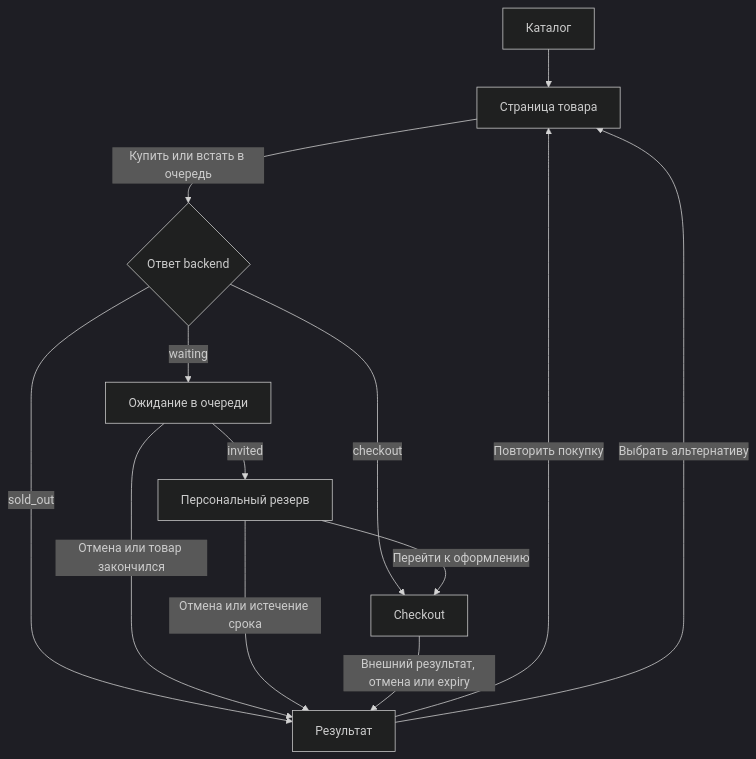
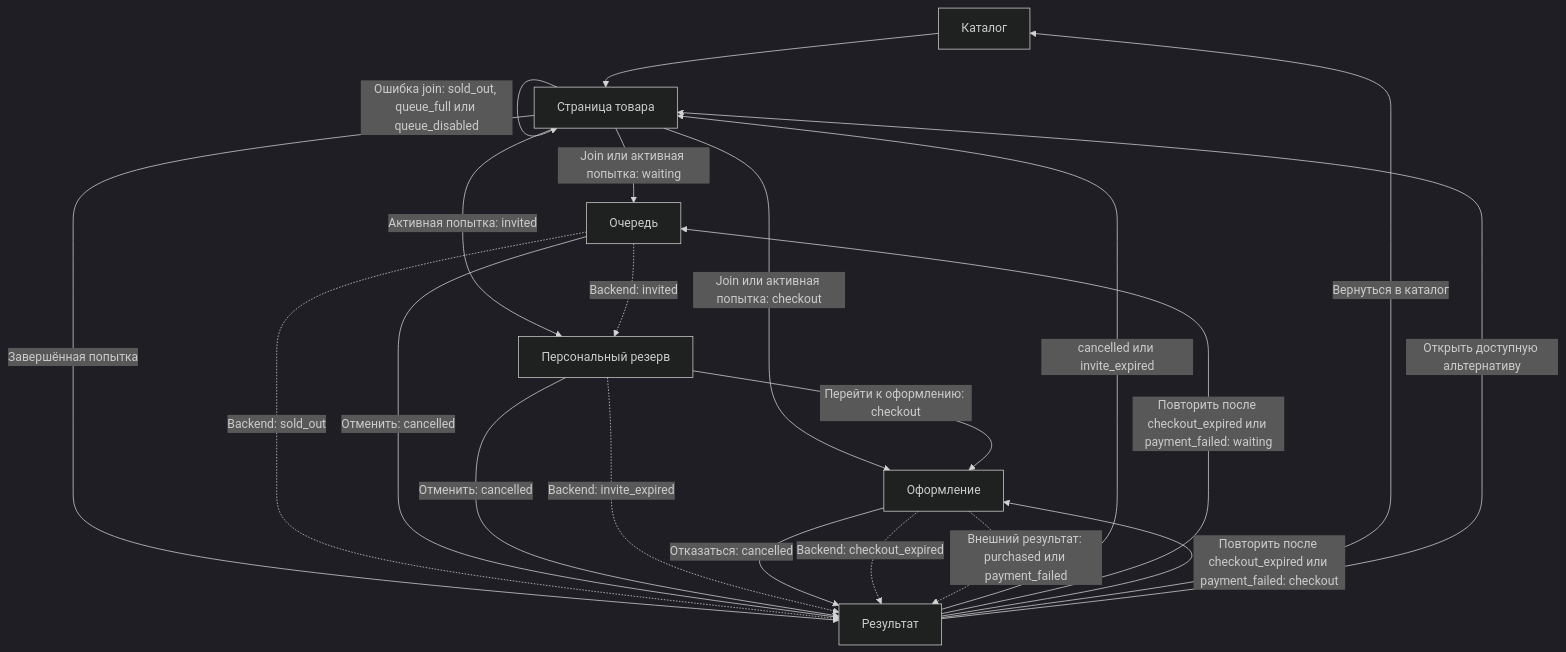
The first of 2 diagrams in frontend/README.md (Woolfer0097/GoodQueue), drawn with Mermaid (dark theme) before and after one commit. The commit also changed other lines of this file, not shown here.

Commit message:
docs(frontend): align README with actual user flows

````diff
--- a/frontend/README.md
+++ b/frontend/README.md
@@ -159,15 +169,27 @@
 ```mermaid
 flowchart TD
     C[Каталог] --> P[Страница товара]
-    P -->|Купить или встать в очередь| J{Ответ backend}
-    J -->|waiting| W[Ожидание в очереди]
-    J -->|checkout| H[Checkout]
-    J -->|sold_out| R[Результат]
-    W -->|invited| I[Персональный резерв]
-    W -->|Отмена или товар закончился| R
-    I -->|Перейти к оформлению| H
-    I -->|Отмена или истечение срока| R
-    H -->|Внешний результат, отмена или expiry| R
-    R -->|Повторить покупку| P
-    R -->|Выбрать альтернативу| P
+    P -->|Join или активная попытка: waiting| W[Очередь]
+    P -->|Join или активная попытка: checkout| H[Оформление]
+    P -->|Активная попытка: invited| I[Персональный резерв]
+    P -->|Завершённая попытка| R[Результат]
+    P -->|Ошибка join: sold_out, queue_full или queue_disabled| P
+
+    W -.->|Backend: invited| I
+    W -.->|Backend: sold_out| R
+    W -->|Отменить: cancelled| R
+
+    I -->|Перейти к оформлению: checkout| H
+    I -->|Отменить: cancelled| R
+    I -.->|Backend: invite_expired| R
+
+    H -->|Отказаться: cancelled| R
+    H -.->|Backend: checkout_expired| R
+    H -.->|Внешний результат: purchased или payment_failed| R
+
+    R -->|cancelled или invite_expired| P
+    R -->|Повторить после checkout_expired или payment_failed: waiting| W
+    R -->|Повторить после checkout_expired или payment_failed: checkout| H
+    R -->|Вернуться в каталог| C
+    R -->|Открыть доступную альтернативу| P
 ```
````
